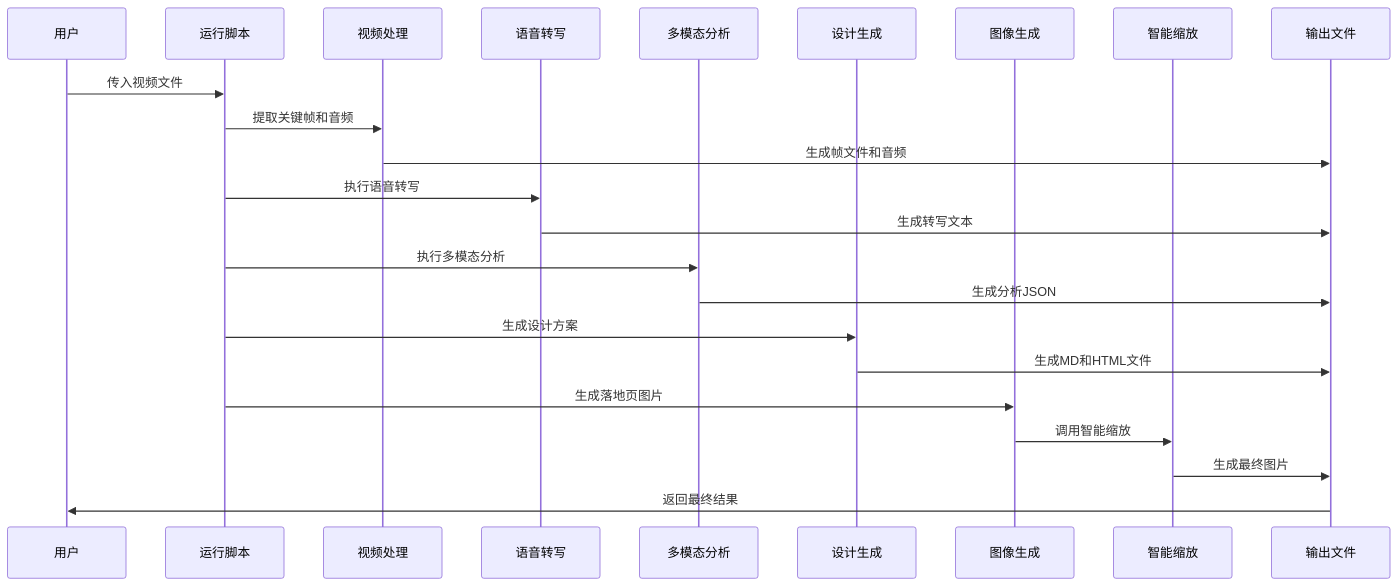
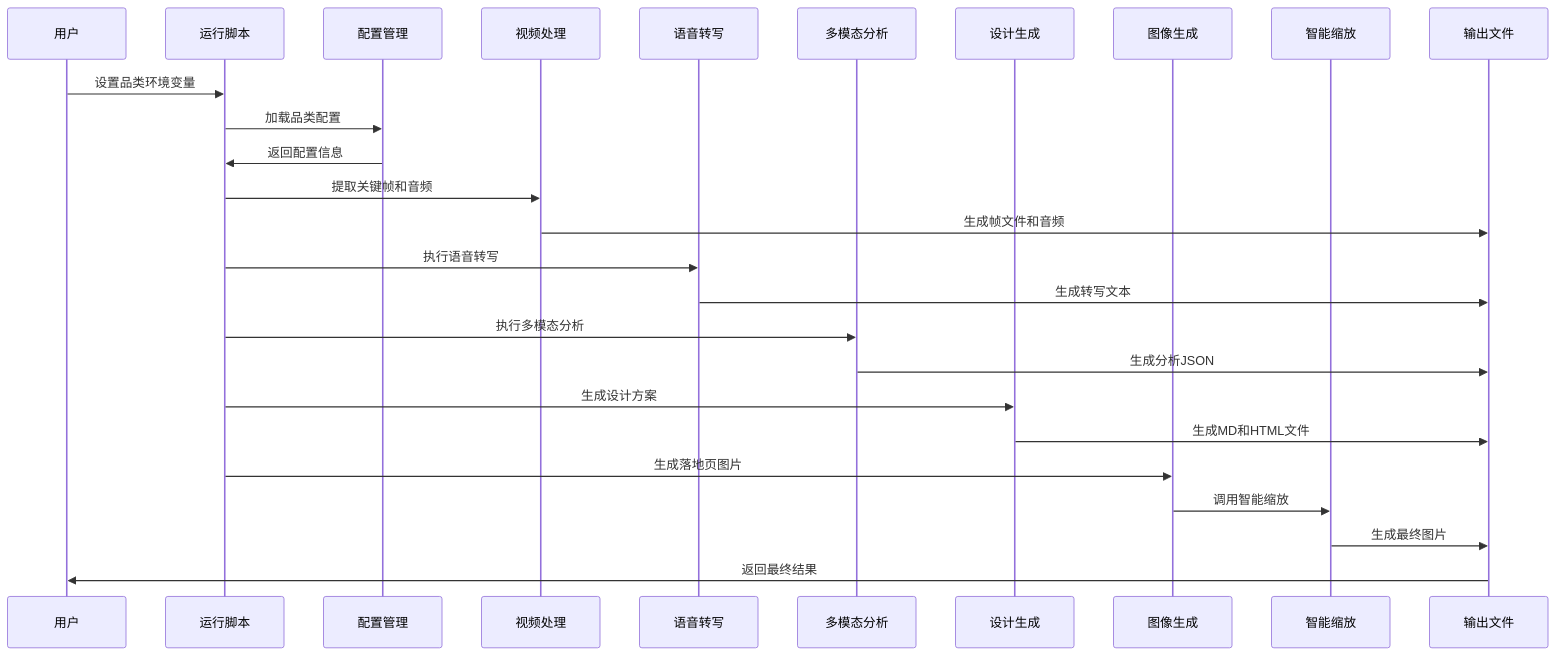
One commit to WongMingJiu/landingpage-test-hero-page changed the second of 12 diagrams in .qoder/repowiki/zh/content/开发者指南.md. Above: the diagram before and after it, drawn with Mermaid. The commit also changed other lines of this file and 6 other files, not shown here.

````diff
--- a/.qoder/repowiki/zh/content/开发者指南.md
+++ b/.qoder/repowiki/zh/content/开发者指南.md
@@ -138,25 +162,28 @@
 ```mermaid
 sequenceDiagram
 participant User as 用户
 participant Runner as 运行脚本
+participant Config as 配置管理
 participant VideoProc as 视频处理
 participant Transcriber as 语音转写
 participant Analyzer as 多模态分析
 participant Generator as 设计生成
 participant ImageGen as 图像生成
 participant Resizer as 智能缩放
 participant Output as 输出文件
-User->>Runner : 传入视频文件
+User->>Runner : 设置品类环境变量
+Runner->>Config : 加载品类配置
+Config->>Runner : 返回配置信息
 Runner->>VideoProc : 提取关键帧和音频
 VideoProc->>Output : 生成帧文件和音频
 Runner->>Transcriber : 执行语音转写
 Transcriber->>Output : 生成转写文本
 Runner->>Analyzer : 执行多模态分析
 Analyzer->>Output : 生成分析JSON
 Runner->>Generator : 生成设计方案
 Generator->>Output : 生成MD和HTML文件
 Runner->>ImageGen : 生成落地页图片
 ImageGen->>Resizer : 调用智能缩放
 Resizer->>Output : 生成最终图片
 Output->>User : 返回最终结果
 ```
````
